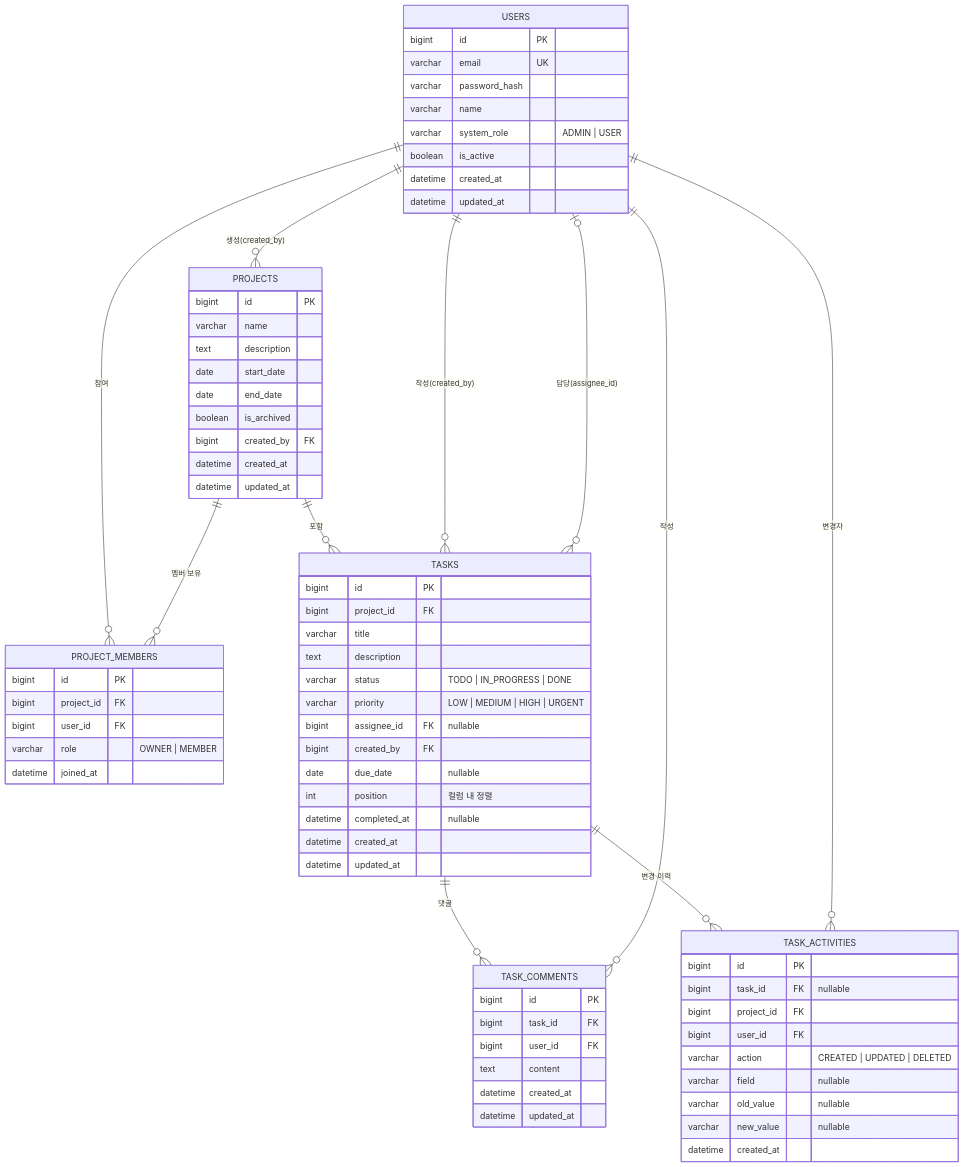
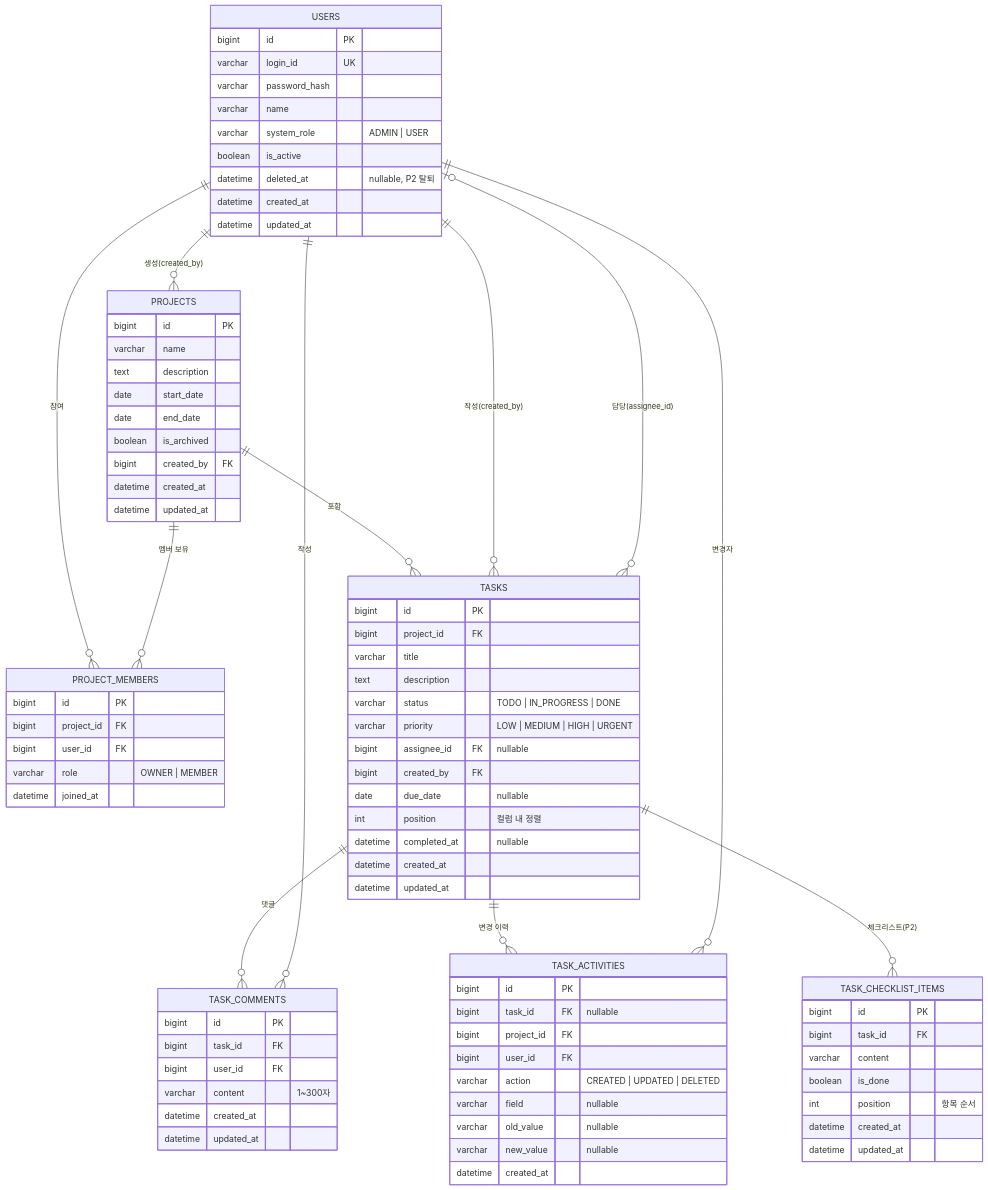
The diagram in docs/DATABASE.md (azaz1238-tech/-Doing_It-), drawn with Mermaid before and after one commit. The commit also changed other lines of this file and 12 other files, not shown here.

````diff
--- a/docs/DATABASE.md
+++ b/docs/DATABASE.md
@@ -17,14 +17,16 @@
     USERS ||--o{ TASK_COMMENTS : "작성"
     TASKS ||--o{ TASK_ACTIVITIES : "변경 이력"
     USERS ||--o{ TASK_ACTIVITIES : "변경자"
+    TASKS ||--o{ TASK_CHECKLIST_ITEMS : "체크리스트(P2)"
 
     USERS {
         bigint id PK
-        varchar email UK
+        varchar login_id UK
         varchar password_hash
         varchar name
         varchar system_role "ADMIN | USER"
         boolean is_active
+        datetime deleted_at "nullable, P2 탈퇴"
         datetime created_at
         datetime updated_at
     }
@@ -65,7 +67,7 @@
         bigint id PK
         bigint task_id FK
         bigint user_id FK
-        text content
+        varchar content "1~300자"
         datetime created_at
         datetime updated_at
     }
@@ -80,4 +82,13 @@
         varchar new_value "nullable"
         datetime created_at
     }
+    TASK_CHECKLIST_ITEMS {
+        bigint id PK
+        bigint task_id FK
+        varchar content
+        boolean is_done
+        int position "항목 순서"
+        datetime created_at
+        datetime updated_at
+    }
 ```
````
